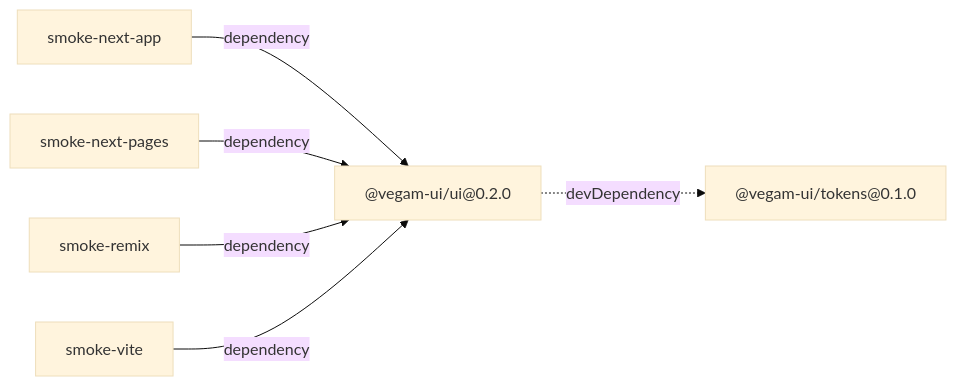
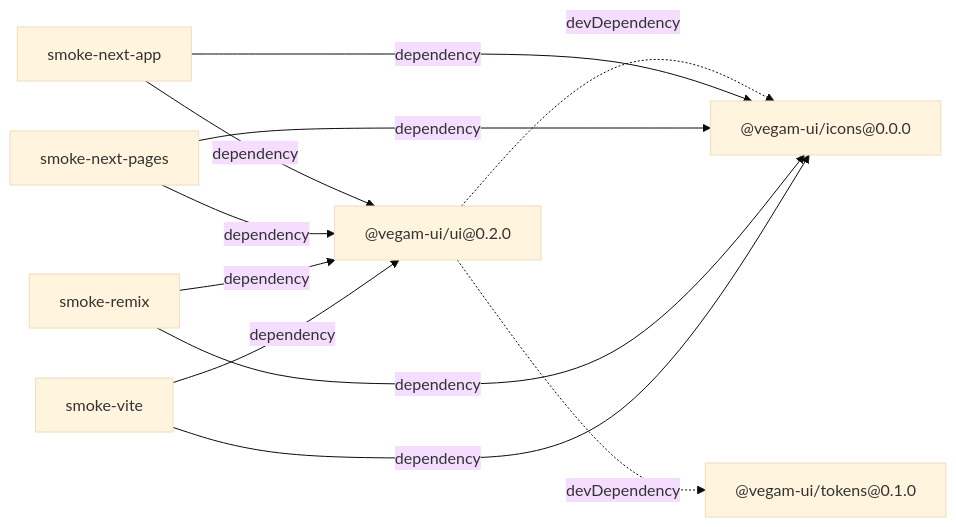
The first of 3 diagrams in docs/ARCHITECTURE.md (vihaanvegam/vegam-ui), drawn with Mermaid (base theme) before and after one commit. The commit also changed other lines of this file and 359 other files, not shown here.

````diff
--- a/docs/ARCHITECTURE.md
+++ b/docs/ARCHITECTURE.md
@@ -14,14 +14,20 @@
 ```mermaid
 graph LR
+  _vegam_ui_icons["@vegam-ui/icons@0.0.0"]
   _vegam_ui_tokens["@vegam-ui/tokens@0.1.0"]
   _vegam_ui_ui["@vegam-ui/ui@0.2.0"]
   smoke_next_app["smoke-next-app"]
   smoke_next_pages["smoke-next-pages"]
   smoke_remix["smoke-remix"]
   smoke_vite["smoke-vite"]
+  _vegam_ui_ui -.->|devDependency| _vegam_ui_icons
   _vegam_ui_ui -.->|devDependency| _vegam_ui_tokens
+  smoke_next_app -->|dependency| _vegam_ui_icons
   smoke_next_app -->|dependency| _vegam_ui_ui
+  smoke_next_pages -->|dependency| _vegam_ui_icons
   smoke_next_pages -->|dependency| _vegam_ui_ui
+  smoke_remix -->|dependency| _vegam_ui_icons
   smoke_remix -->|dependency| _vegam_ui_ui
+  smoke_vite -->|dependency| _vegam_ui_icons
   smoke_vite -->|dependency| _vegam_ui_ui
 ```
````
